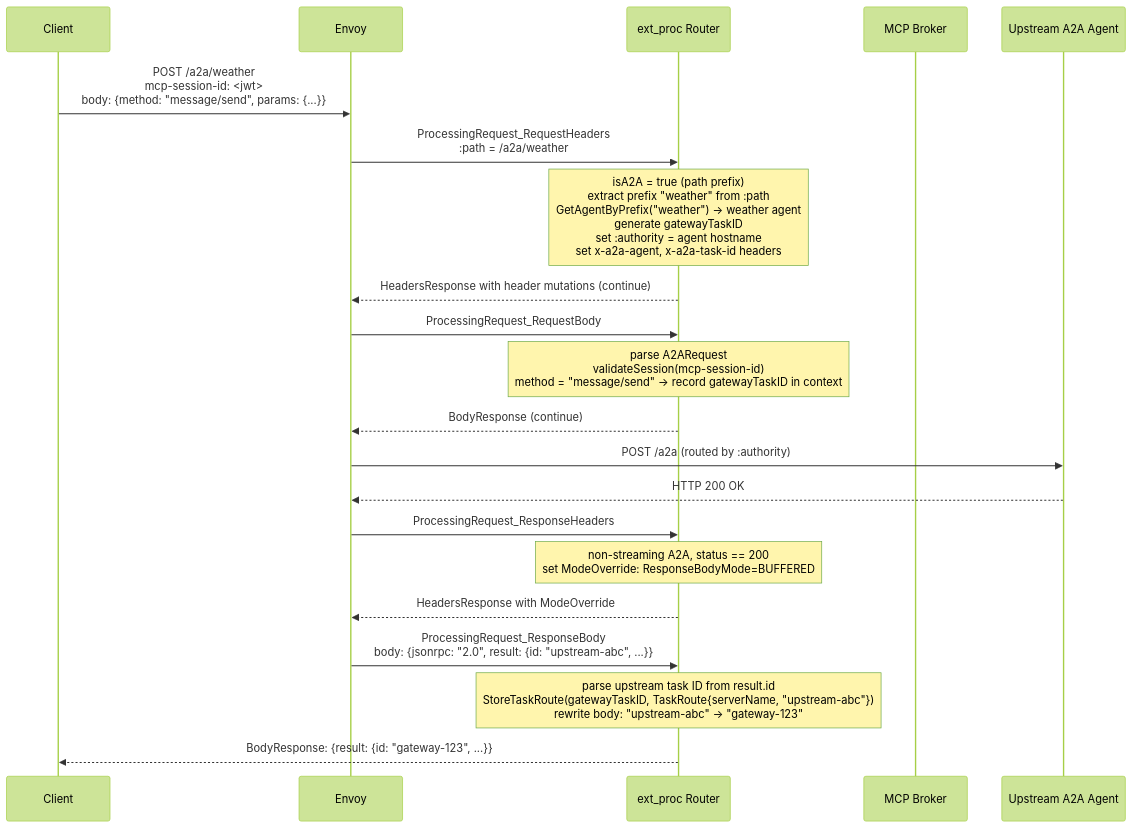
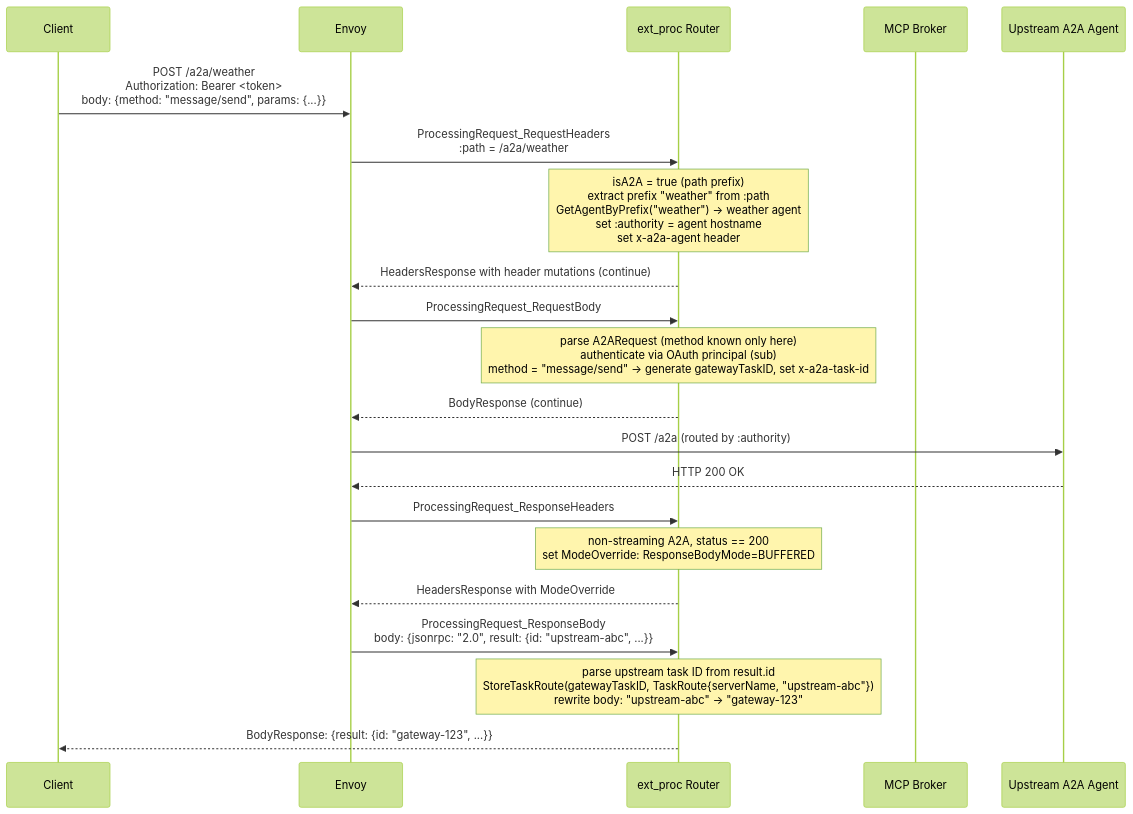
The second of 5 diagrams in docs/design/a2a/a2a-design.md (Aman-Cool/mcp-gateway), drawn with Mermaid (forest theme) before and after one commit. The commit also changed other lines of this file and 2 other files, not shown here.

First line of the commit message:
docs: align A2A design with v0.3.0 spec, stateless Q4 model, and cross-namespace prefix

````diff
--- a/docs/design/a2a/a2a-design.md
+++ b/docs/design/a2a/a2a-design.md
@@ -146,24 +157,24 @@
 ```mermaid
 sequenceDiagram
     participant Client
     participant Envoy
     participant Router as ext_proc Router
     participant Broker as MCP Broker
     participant Upstream as Upstream A2A Agent
 
-    Client->>Envoy: POST /a2a/weather<br/>mcp-session-id: <jwt><br/>body: {method: "message/send", params: {...}}
+    Client->>Envoy: POST /a2a/weather<br/>Authorization: Bearer <token><br/>body: {method: "message/send", params: {...}}
     Envoy->>Router: ProcessingRequest_RequestHeaders<br/>:path = /a2a/weather
-    Note over Router: isA2A = true (path prefix)<br/>extract prefix "weather" from :path<br/>GetAgentByPrefix("weather") → weather agent<br/>generate gatewayTaskID<br/>set :authority = agent hostname<br/>set x-a2a-agent, x-a2a-task-id headers
+    Note over Router: isA2A = true (path prefix)<br/>extract prefix "weather" from :path<br/>GetAgentByPrefix("weather") → weather agent<br/>set :authority = agent hostname<br/>set x-a2a-agent header
     Router-->>Envoy: HeadersResponse with header mutations (continue)
     Envoy->>Router: ProcessingRequest_RequestBody
-    Note over Router: parse A2ARequest<br/>validateSession(mcp-session-id)<br/>method = "message/send" → record gatewayTaskID in context
+    Note over Router: parse A2ARequest (method known only here)<br/>authenticate via OAuth principal (sub)<br/>method = "message/send" → generate gatewayTaskID, set x-a2a-task-id
     Router-->>Envoy: BodyResponse (continue)
     Envoy->>Upstream: POST /a2a (routed by :authority)
     Upstream-->>Envoy: HTTP 200 OK
     Envoy->>Router: ProcessingRequest_ResponseHeaders
     Note over Router: non-streaming A2A, status == 200<br/>set ModeOverride: ResponseBodyMode=BUFFERED
     Router-->>Envoy: HeadersResponse with ModeOverride
     Envoy->>Router: ProcessingRequest_ResponseBody<br/>body: {jsonrpc: "2.0", result: {id: "upstream-abc", ...}}
     Note over Router: parse upstream task ID from result.id<br/>StoreTaskRoute(gatewayTaskID, TaskRoute{serverName, "upstream-abc"})<br/>rewrite body: "upstream-abc" → "gateway-123"
     Router-->>Client: BodyResponse: {result: {id: "gateway-123", ...}}
 ```
````
